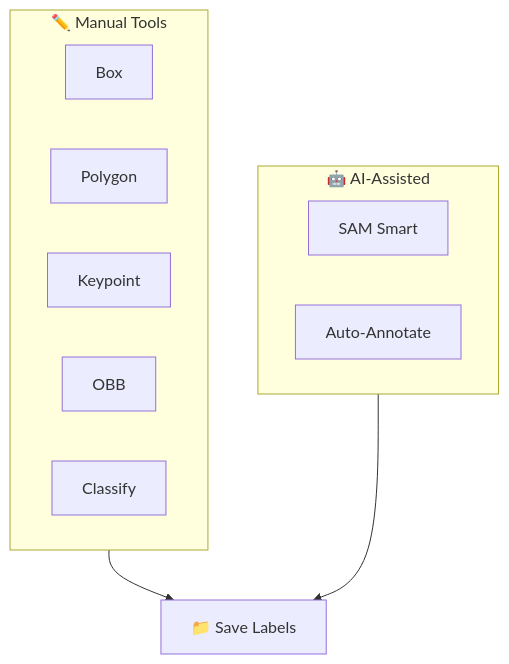
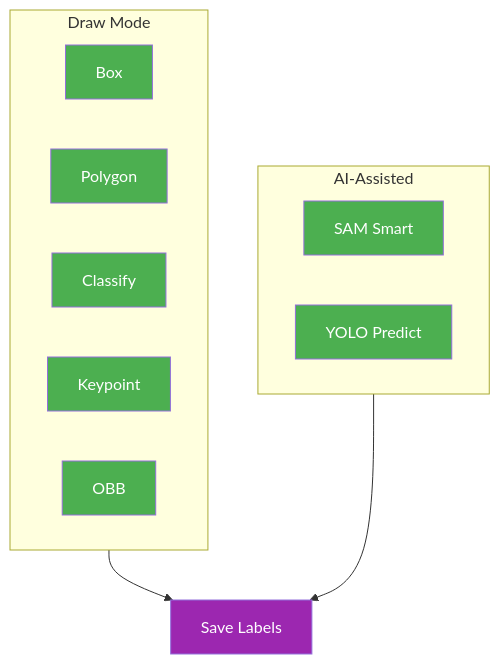
The first of 3 diagrams in ultralytics/docs/en/platform/data/annotation.md (Dadalia1917/Yolo-RT-DETR-TrainCode), drawn with Mermaid before and after one commit. The commit also changed other lines of this file and 1003 other files, not shown here.

````diff
--- a/ultralytics/docs/en/platform/data/annotation.md
+++ b/ultralytics/docs/en/platform/data/annotation.md
@@ -13,11 +14,15 @@
 ```mermaid
 graph TB
-    subgraph Manual["✏️ Manual Tools"]
-        A[Box] & B[Polygon] & C[Keypoint] & D[OBB] & E[Classify]
+    subgraph Draw["Draw Mode"]
+        A[Box]:::start & B[Polygon]:::start & C[Classify]:::start & D[Keypoint]:::start & E[OBB]:::start
     end
-    subgraph AI["🤖 AI-Assisted"]
-        F[SAM Smart] & G[Auto-Annotate]
+    subgraph AI["AI-Assisted"]
+        F[SAM Smart]:::start
+        G[YOLO Predict]:::start
     end
-    Manual --> H[📁 Save Labels]
+    Draw --> H[Save Labels]:::out
     AI --> H
+
+    classDef start fill:#4CAF50,color:#fff
+    classDef out fill:#9C27B0,color:#fff
 ```
````
